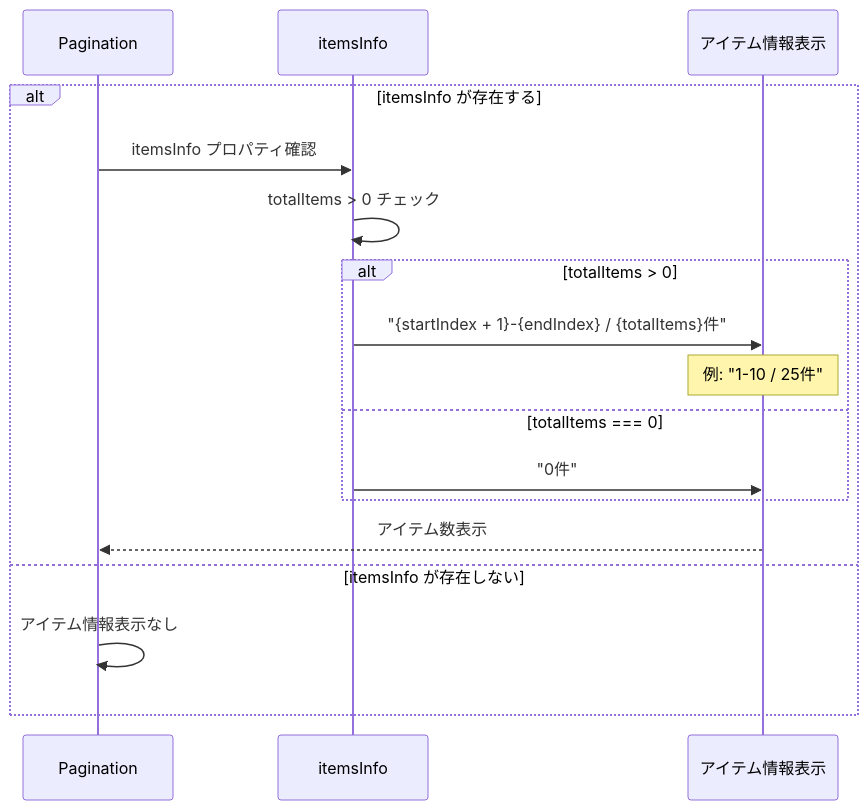
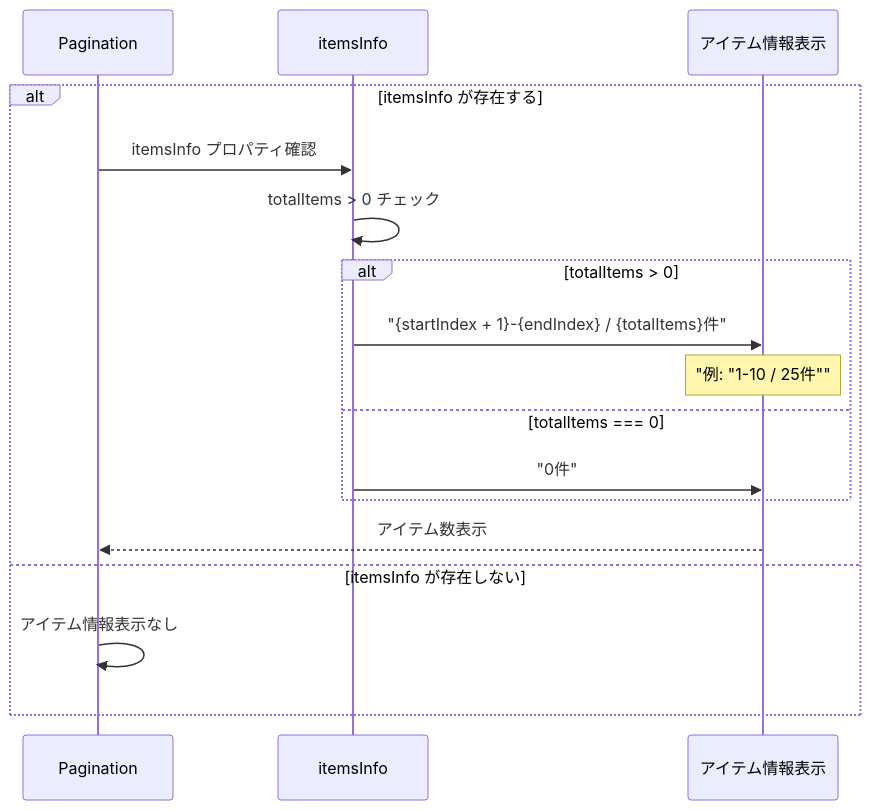
Before and after one commit to wasabi49/ocs-systemDevelopmentExercises: the sixth of 10 diagrams in document/components/sequence/Pagination.md, drawn with Mermaid. The commit also changed other lines of this file and 42 other files, not shown here.

First line of the commit message:
fix: mermaidシーケンス図のNote over文でダブルクォーテーション不足を修正

````diff
--- a/document/components/sequence/Pagination.md
+++ b/document/components/sequence/Pagination.md
@@ -124,22 +124,22 @@
 ```mermaid
 sequenceDiagram
     participant Pagination as Pagination
     participant ItemsInfo as itemsInfo
     participant Display as アイテム情報表示
 
     alt itemsInfo が存在する
         Pagination->>ItemsInfo: itemsInfo プロパティ確認
         ItemsInfo->>ItemsInfo: totalItems > 0 チェック
         
         alt totalItems > 0
             ItemsInfo->>Display: "{startIndex + 1}-{endIndex} / {totalItems}件"
-            Note over Display: 例: "1-10 / 25件"
+            Note over Display: "例: "1-10 / 25件""
         else totalItems === 0
             ItemsInfo->>Display: "0件"
         end
         
         Display-->>Pagination: アイテム数表示
     else itemsInfo が存在しない
         Pagination->>Pagination: アイテム情報表示なし
     end
 ```
````
